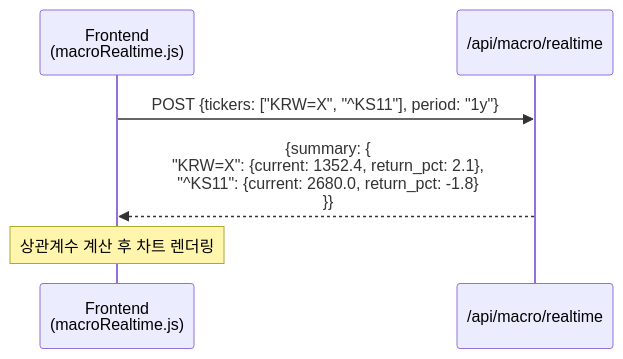
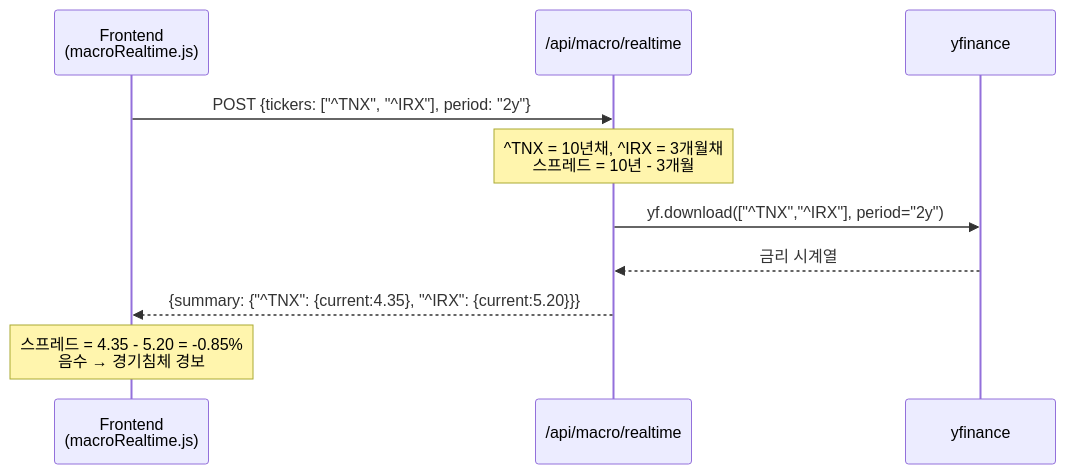
The sixth of 12 diagrams in docs/03.md (edumgt/python-quant), drawn with Mermaid before and after one commit. The commit also changed other lines of this file and 36 other files, not shown here.

````diff
--- a/docs/03.md
+++ b/docs/03.md
@@ -379,9 +272,13 @@
 ```mermaid
 sequenceDiagram
     participant F as Frontend<br/>(macroRealtime.js)
     participant A as /api/macro/realtime
+    participant Y as yfinance
 
-    F->>A: POST {tickers: ["KRW=X", "^KS11"], period: "1y"}
-    A-->>F: {summary: {<br/>  "KRW=X": {current: 1352.4, return_pct: 2.1},<br/>  "^KS11": {current: 2680.0, return_pct: -1.8}<br/>}}
-    Note over F: 상관계수 계산 후 차트 렌더링
+    F->>A: POST {tickers: ["^TNX", "^IRX"], period: "2y"}
+    Note over A: ^TNX = 10년채, ^IRX = 3개월채<br/>스프레드 = 10년 - 3개월
+    A->>Y: yf.download(["^TNX","^IRX"], period="2y")
+    Y-->>A: 금리 시계열
+    A-->>F: {summary: {"^TNX": {current:4.35}, "^IRX": {current:5.20}}}
+    Note over F: 스프레드 = 4.35 - 5.20 = -0.85%<br/>음수 → 경기침체 경보
 ```
````
